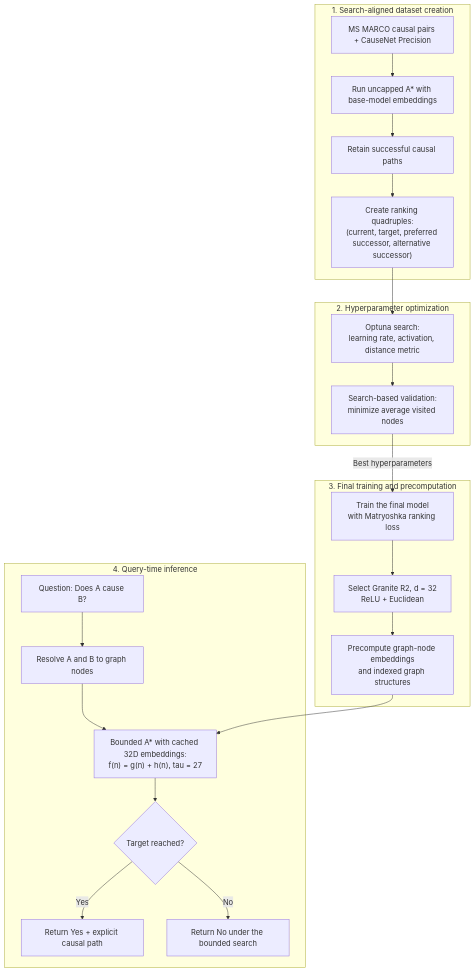
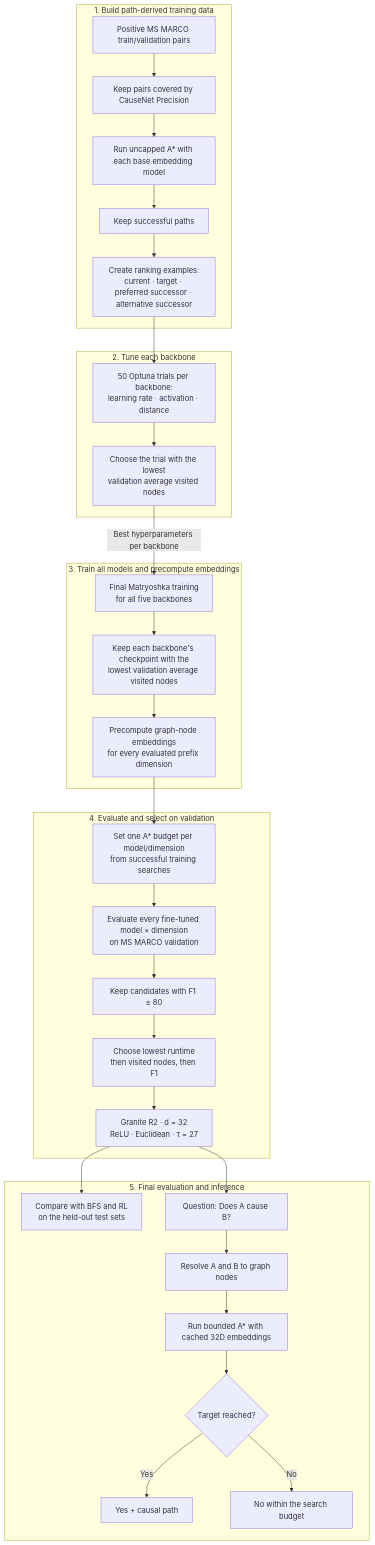
The diagram in README.md (AshkanKiafard/thesis), drawn with Mermaid before and after one commit. The commit also changed other lines of this file, not shown here.

Commit message:
Correct README model selection workflow

````diff
--- a/README.md
+++ b/README.md
@@ -26,28 +21,38 @@
 ```mermaid
 flowchart TB
-  subgraph Data["1. Search-aligned dataset creation"]
-    PAIRS["MS MARCO causal pairs + CauseNet Precision"] --> BASE["Run uncapped A* with base-model embeddings"]
-    BASE --> PATHS["Retain successful causal paths"]
-    PATHS --> QUADS["Create ranking quadruples:<br/>(current, target, preferred successor, alternative successor)"]
+  subgraph Data["1. Build path-derived training data"]
+    PAIRS["Positive MS MARCO train/validation pairs"] --> COVER["Keep pairs covered by CauseNet Precision"]
+    COVER --> BASE["Run uncapped A* with each base embedding model"]
+    BASE --> PATHS["Keep successful paths"]
+    PATHS --> QUADS["Create ranking examples:<br/>current · target · preferred successor · alternative successor"]
   end
 
-  subgraph Tuning["2. Hyperparameter optimization"]
-    QUADS --> OPTUNA["Optuna search:<br/>learning rate, activation, distance metric"]
-    OPTUNA --> VALIDATE["Search-based validation:<br/>minimize average visited nodes"]
+  subgraph Tuning["2. Tune each backbone"]
+    QUADS --> OPTUNA["50 Optuna trials per backbone:<br/>learning rate · activation · distance"]
+    OPTUNA --> TRIALVAL["Choose the trial with the lowest<br/>validation average visited nodes"]
   end
 
-  subgraph Training["3. Final training and precomputation"]
-    VALIDATE -->|"Best hyperparameters"| TRAIN["Train the final model<br/>with Matryoshka ranking loss"]
-    TRAIN --> SELECT["Select Granite R2, d = 32<br/>ReLU + Euclidean"]
-    SELECT --> CACHE["Precompute graph-node embeddings<br/>and indexed graph structures"]
+  subgraph Training["3. Train all models and precompute embeddings"]
+    TRIALVAL -->|Best hyperparameters per backbone| TRAIN["Final Matryoshka training<br/>for all five backbones"]
+    TRAIN --> CHECKPOINT["Keep each backbone's checkpoint with the<br/>lowest validation average visited nodes"]
+    CHECKPOINT --> CACHE["Precompute graph-node embeddings<br/>for every evaluated prefix dimension"]
   end
 
-  subgraph Inference["4. Query-time inference"]
-    QUESTION["Question: Does A cause B?"] --> MAP["Resolve A and B to graph nodes"]
-    MAP --> ASTAR["Bounded A* with cached 32D embeddings:<br/>f(n) = g(n) + h(n), tau = 27"]
-    CACHE --> ASTAR
+  subgraph Selection["4. Evaluate and select on validation"]
+    CACHE --> BUDGET["Set one A* budget per model/dimension<br/>from successful training searches"]
+    BUDGET --> MODELEVAL["Evaluate every fine-tuned model × dimension<br/>on MS MARCO validation"]
+    MODELEVAL --> GATE["Keep candidates with F1 ≥ 80"]
+    GATE --> RANK["Choose lowest runtime<br/>then visited nodes, then F1"]
+    RANK --> SELECTED["Granite R2 · d = 32<br/>ReLU · Euclidean · τ = 27"]
+  end
+
+  subgraph Use["5. Final evaluation and inference"]
+    SELECTED --> TEST["Compare with BFS and RL<br/>on the held-out test sets"]
+    SELECTED --> QUESTION["Question: Does A cause B?"]
+    QUESTION --> MAP["Resolve A and B to graph nodes"]
+    MAP --> ASTAR["Run bounded A* with cached 32D embeddings"]
     ASTAR --> REACHED{"Target reached?"}
-    REACHED -->|Yes| YES["Return Yes + explicit causal path"]
-    REACHED -->|No| NO["Return No under the bounded search"]
+    REACHED -->|Yes| YES["Yes + causal path"]
+    REACHED -->|No| NO["No within the search budget"]
   end
 ```
````
